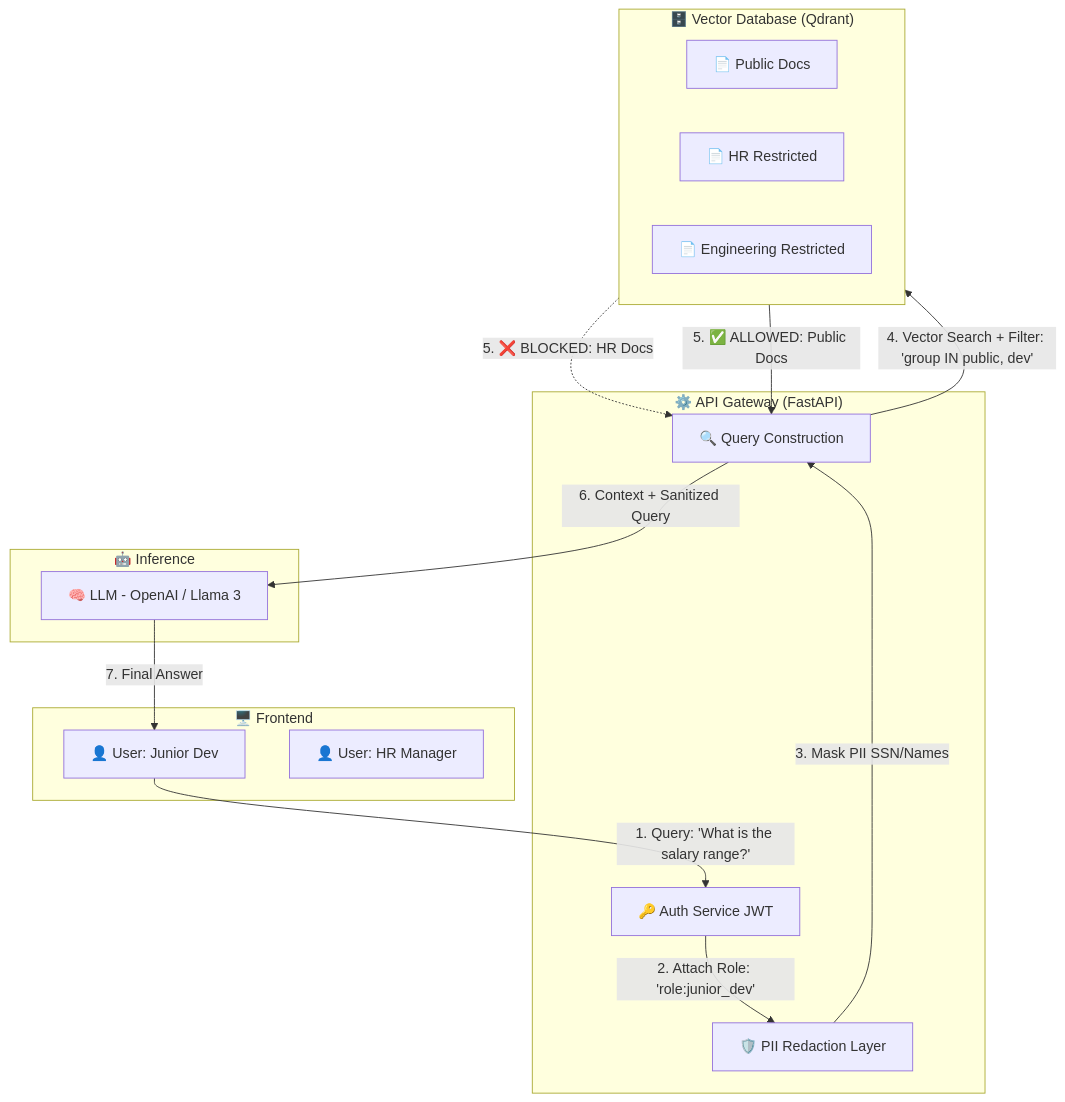
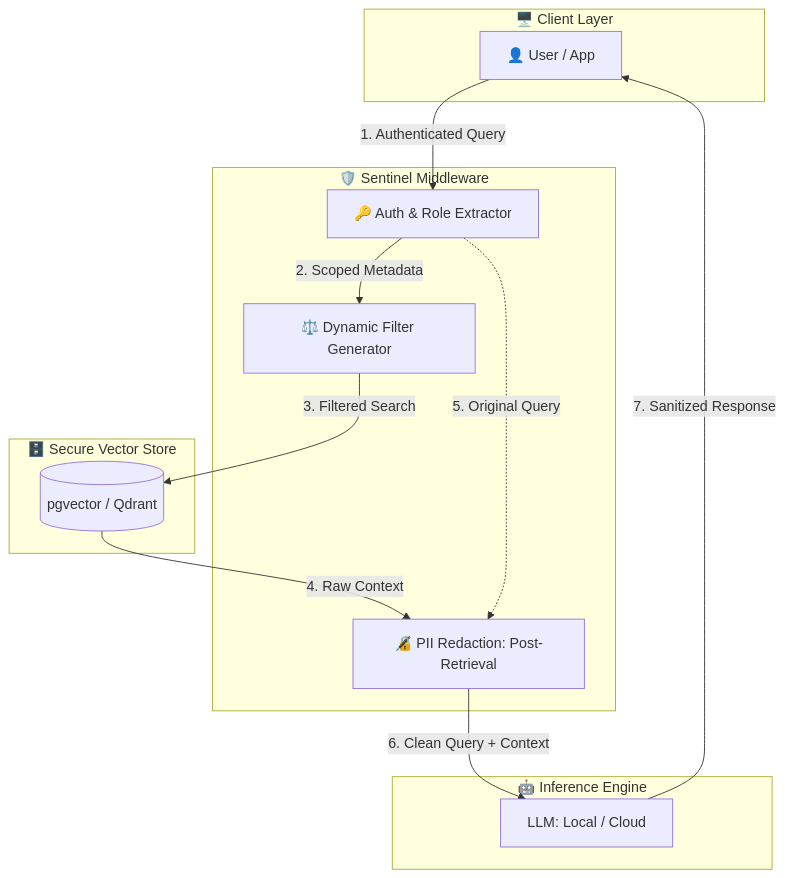
One commit to RajeshTechForge/sentinel-rag changed the diagram in README.md. Above: the diagram before and after it, drawn with Mermaid. The commit also changed other lines of this file, not shown here.

````diff
--- a/README.md
+++ b/README.md
@@ -72,35 +64,30 @@
 ```mermaid
 flowchart TD
-    subgraph Client ["🖥️ Frontend"]
-        User[👤 User: Junior Dev]
-        Admin[👤 User: HR Manager]
+    subgraph Client ["🖥️ Client Layer"]
+        User[👤 User / App]
     end
 
-    subgraph Middleware ["⚙️ API Gateway (FastAPI)"]
-        Auth[🔑 Auth Service JWT]
-        PII_Filter[🛡️ PII Redaction Layer]
-        Query_Engine[🔍 Query Construction]
+    subgraph Security_Gate ["🛡️ Sentinel Middleware"]
+        Auth[🔑 Auth & Role Extractor]
+        RBAC_Filter[⚖️ Dynamic Filter Generator]
+        PII_Proc[🔏 PII Redaction: Post-Retrieval]
     end
 
-    subgraph Data_Layer ["🗄️ Vector Database (Qdrant)"]
-        Public_Docs[📄 Public Docs]
-        HR_Docs[📄 HR Restricted]
-        Eng_Docs[📄 Engineering Restricted]
+    subgraph Knowledge_Base ["🗄️ Secure Vector Store"]
+        VDB[(pgvector / Qdrant)]
     end
 
-    subgraph AI_Layer ["🤖 Inference"]
-        LLM[🧠 LLM - OpenAI / Llama 3]
+    subgraph Intelligence ["🤖 Inference Engine"]
+        LLM[LLM: Local / Cloud]
     end
 
-    User -->|1. Query: 'What is the salary range?'| Auth
-    Auth -->|2. Attach Role: 'role:junior_dev'| PII_Filter
-    PII_Filter -->|3. Mask PII SSN/Names| Query_Engine
-    
-    Query_Engine -->|4. Vector Search + Filter: 'group IN public, dev'| Data_Layer
-    
-    Data_Layer -.->|5. ❌ BLOCKED: HR Docs| Query_Engine
-    Data_Layer -->|5. ✅ ALLOWED: Public Docs| Query_Engine
-    
-    Query_Engine -->|6. Context + Sanitized Query| LLM
-    LLM -->|7. Final Answer| User
+    %% Flow logic
+    User -->|1. Authenticated Query| Auth
+    Auth -->|2. Scoped Metadata| RBAC_Filter
+    RBAC_Filter -->|3. Filtered Search| VDB
+    VDB -->|4. Raw Context| PII_Proc
+    Auth -.->|5. Original Query| PII_Proc
+    PII_Proc -->|6. Clean Query + Context| LLM
+    LLM -->|7. Sanitized Response| User
+
 ```
````
